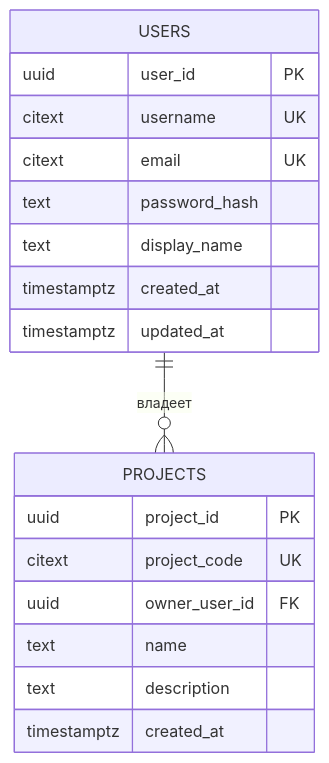
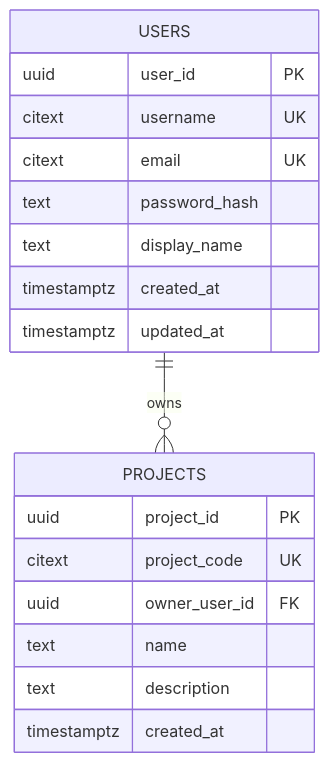
The first of 3 diagrams in docs/database.md (Maronari/AdaptiveML-DSS), drawn with Mermaid before and after one commit. The commit also changed other lines of this file and 3 other files, not shown here.

Commit message:
docs: fix mermaid syntax and ignore local registry state

````diff
--- a/docs/database.md
+++ b/docs/database.md
@@ -50,23 +50,23 @@
 ```mermaid
 erDiagram
-    USERS ||--o{ PROJECTS : владеет
+    USERS ||--o{ PROJECTS : owns
 
     USERS {
         uuid user_id PK
         citext username UK
         citext email UK
         text password_hash
         text display_name
         timestamptz created_at
         timestamptz updated_at
     }
 
     PROJECTS {
         uuid project_id PK
         citext project_code UK
         uuid owner_user_id FK
         text name
         text description
         timestamptz created_at
     }
 ```
````
